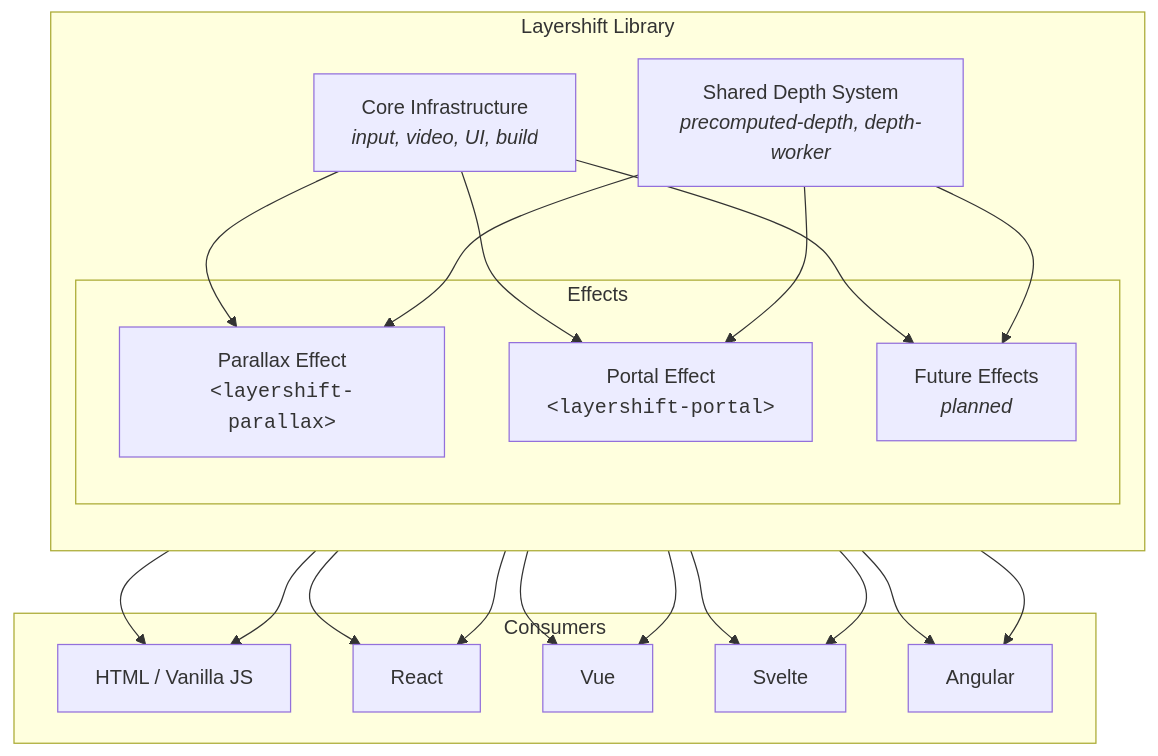
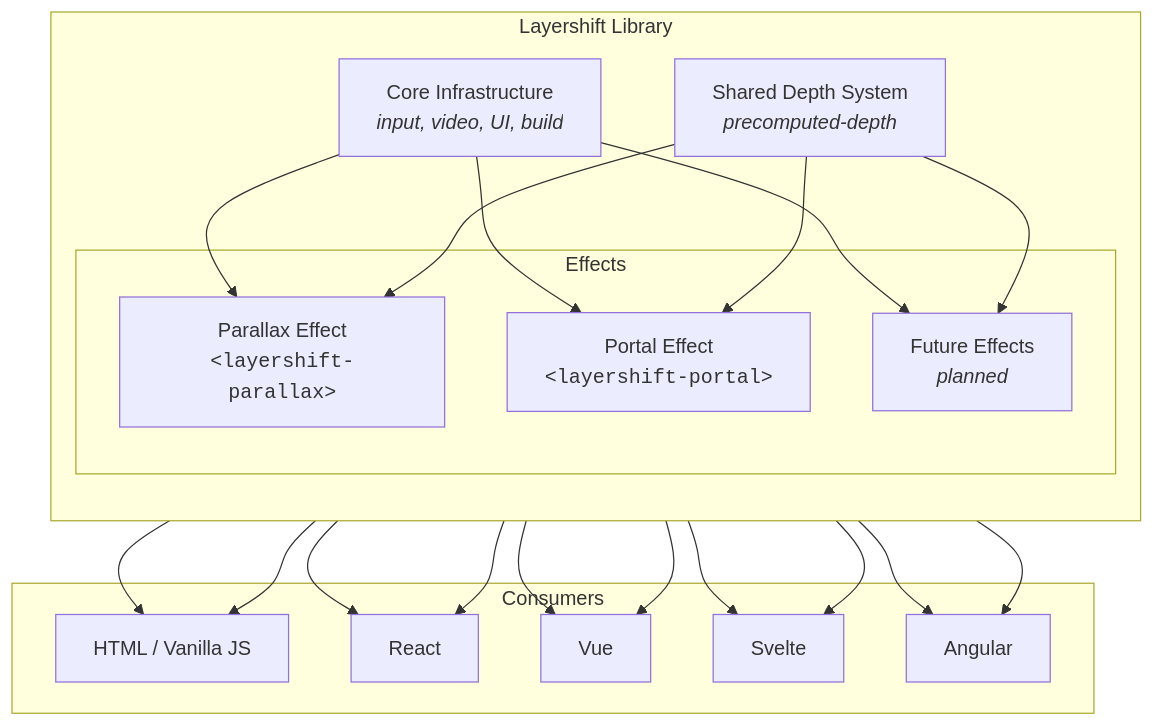
Before and after one commit to jeremysykes/layershift: the first of 2 diagrams in docs/diagrams/system-architecture.md, drawn with Mermaid. The commit also changed other lines of this file and 19 other files, not shown here.

````diff
--- a/docs/diagrams/system-architecture.md
+++ b/docs/diagrams/system-architecture.md
@@ -7,41 +7,41 @@
 ```mermaid
 graph TD
     subgraph "Layershift Library"
         direction TB
         CORE["Core Infrastructure<br/><i>input, video, UI, build</i>"]
-        DEPTH["Shared Depth System<br/><i>precomputed-depth, depth-worker</i>"]
+        DEPTH["Shared Depth System<br/><i>precomputed-depth</i>"]
 
         subgraph "Effects"
             PARALLAX["Parallax Effect<br/><code>&lt;layershift-parallax&gt;</code>"]
             PORTAL["Portal Effect<br/><code>&lt;layershift-portal&gt;</code>"]
             FUTURE["Future Effects<br/><i>planned</i>"]
         end
     end
 
     CORE --> PARALLAX
     CORE --> PORTAL
     CORE --> FUTURE
     DEPTH --> PARALLAX
     DEPTH --> PORTAL
     DEPTH --> FUTURE
 
     subgraph "Consumers"
         HTML["HTML / Vanilla JS"]
         REACT["React"]
         VUE["Vue"]
         SVELTE["Svelte"]
         ANGULAR["Angular"]
     end
 
     PARALLAX --> HTML
     PARALLAX --> REACT
     PARALLAX --> VUE
     PARALLAX --> SVELTE
     PARALLAX --> ANGULAR
 
     PORTAL --> HTML
     PORTAL --> REACT
     PORTAL --> VUE
     PORTAL --> SVELTE
     PORTAL --> ANGULAR
 ```
````
